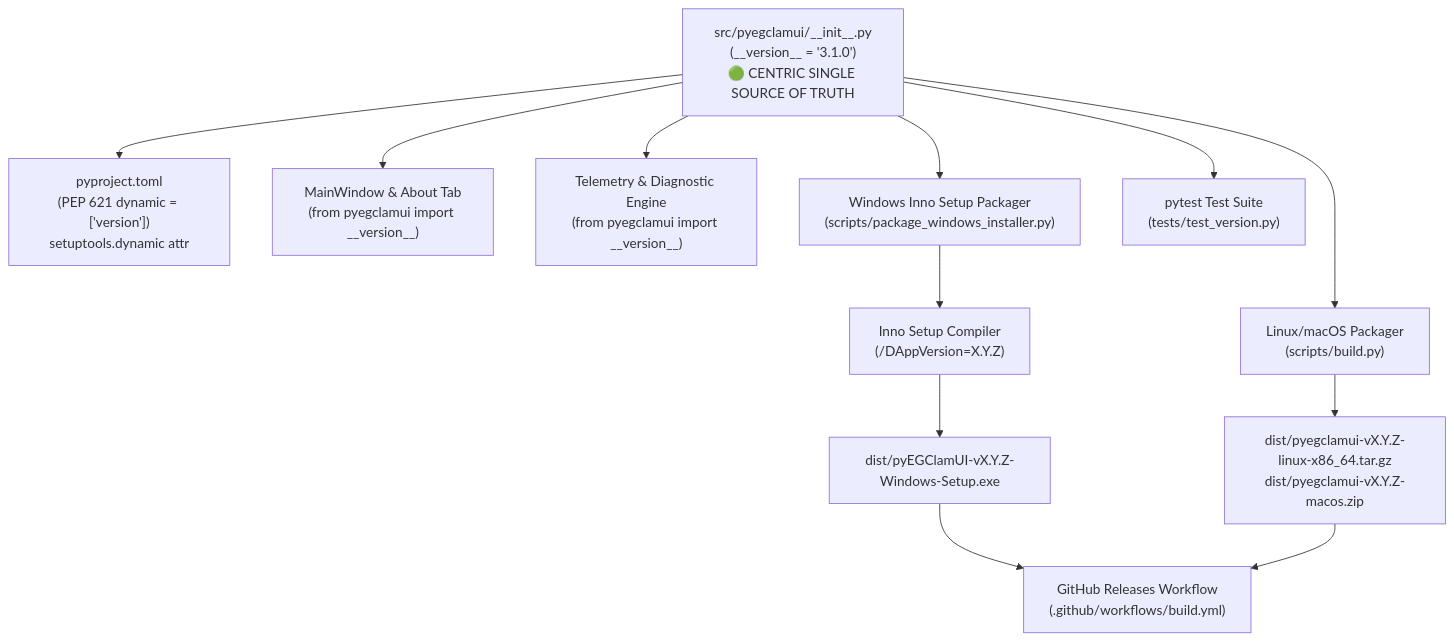
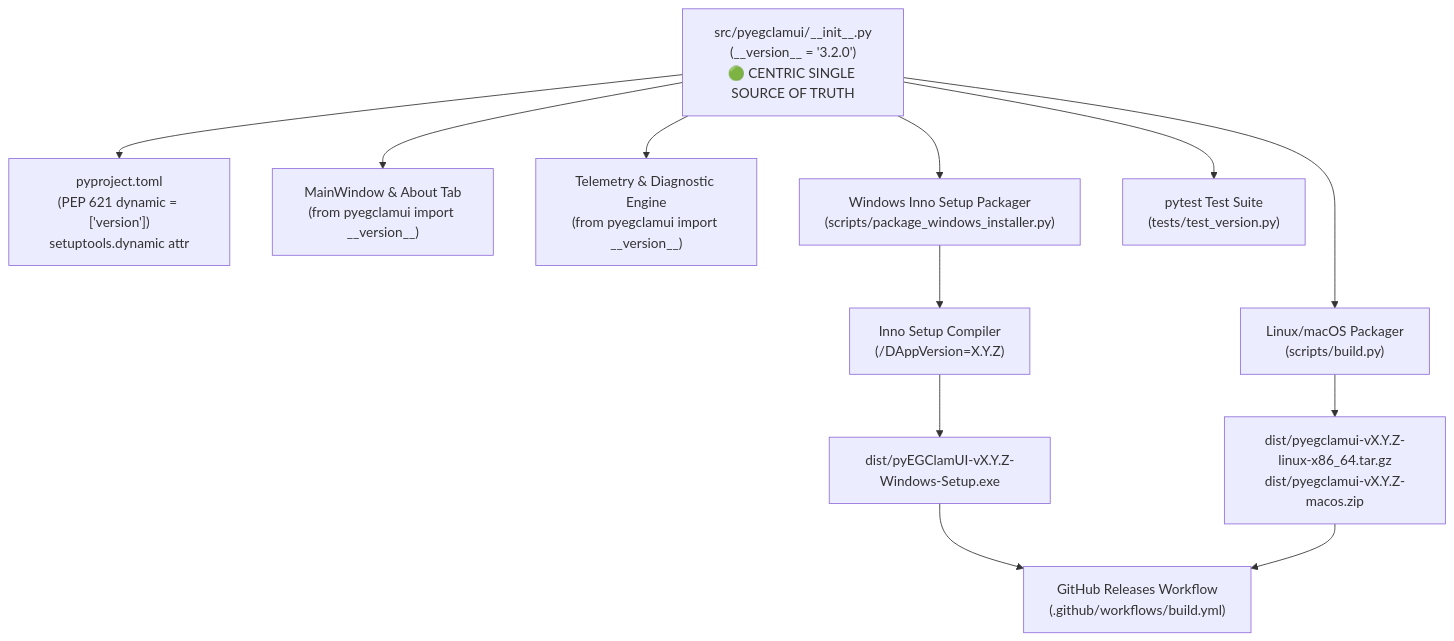
The second of 3 diagrams in pyEGClamUI-Docs/docs/VERSIONING.md (EG1DOTIN/av.eg1.in), drawn with Mermaid before and after one commit. The commit also changed other lines of this file and 20 other files, not shown here.

````diff
--- a/pyEGClamUI-Docs/docs/VERSIONING.md
+++ b/pyEGClamUI-Docs/docs/VERSIONING.md
@@ -43,17 +43,18 @@
 ```mermaid
 flowchart TD
-    Init["src/pyegclamui/__init__.py<br/>(__version__ = '3.1.0')<br/>🟢 CENTRIC SINGLE SOURCE OF TRUTH"]
+    Init["src/pyegclamui/__init__.py<br/>(__version__ = '3.2.0')<br/>🟢 CENTRIC SINGLE SOURCE OF TRUTH"]
+
 
     Init --> Pyproj["pyproject.toml<br/>(PEP 621 dynamic = ['version'])<br/>setuptools.dynamic attr"]
     Init --> GUI["MainWindow & About Tab<br/>(from pyegclamui import __version__)"]
     Init --> Telem["Telemetry & Diagnostic Engine<br/>(from pyegclamui import __version__)"]
     Init --> BuildUnix["Linux/macOS Packager<br/>(scripts/build.py)"]
     Init --> BuildWin["Windows Inno Setup Packager<br/>(scripts/package_windows_installer.py)"]
     Init --> Pytest["pytest Test Suite<br/>(tests/test_version.py)"]
 
     BuildWin --> Inno["Inno Setup Compiler<br/>(/DAppVersion=X.Y.Z)"]
     Inno --> SetupExe["dist/pyEGClamUI-vX.Y.Z-Windows-Setup.exe"]
     BuildUnix --> TarGz["dist/pyegclamui-vX.Y.Z-linux-x86_64.tar.gz<br/>dist/pyegclamui-vX.Y.Z-macos.zip"]
     SetupExe --> Release["GitHub Releases Workflow<br/>(.github/workflows/build.yml)"]
     TarGz --> Release
 ```
````
